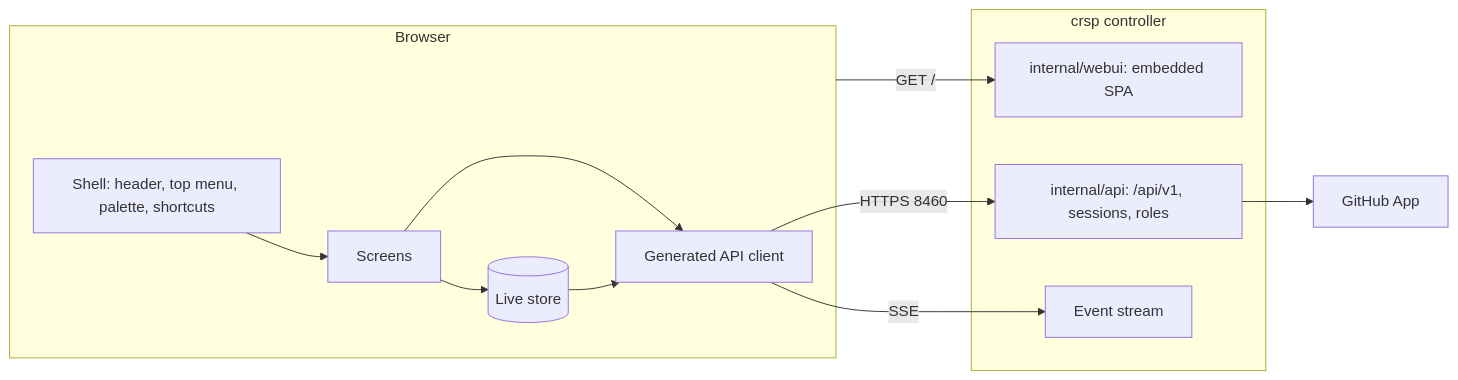
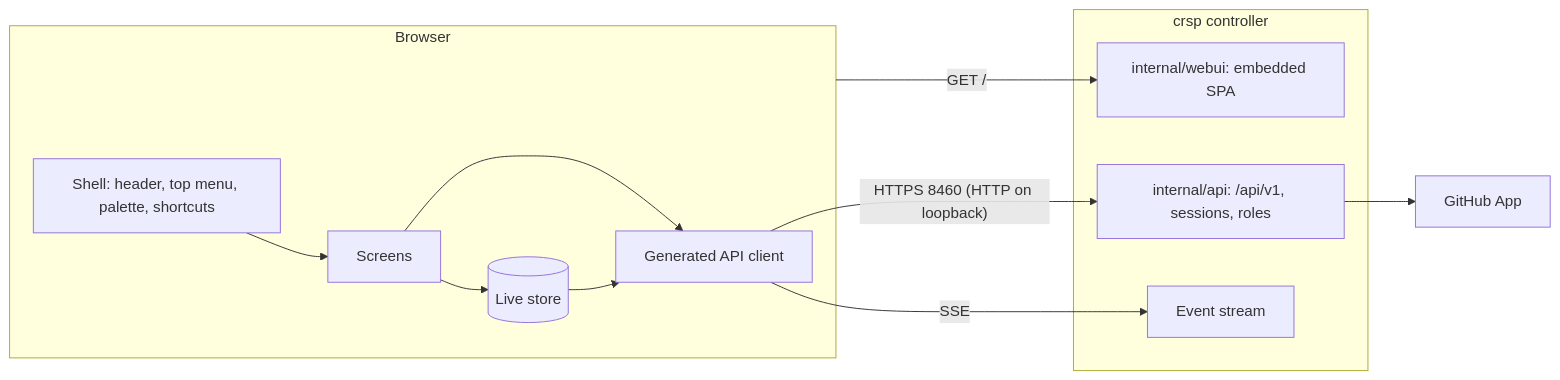
One commit to luis-mc/ci-runners-pool changed the second of 2 diagrams in docs/features/web-console/spec.md. Above: the diagram before and after it, drawn with Mermaid. The commit also changed other lines of this file and 257 other files, not shown here.

````diff
--- a/docs/features/web-console/spec.md
+++ b/docs/features/web-console/spec.md
@@ -374,21 +375,21 @@
 ```mermaid
 flowchart LR
   subgraph Browser
     shell[Shell: header, top menu, palette, shortcuts]
     screens[Screens]
     store[(Live store)]
     client[Generated API client]
     shell --> screens --> store
     screens --> client
     store --> client
   end
   subgraph Controller[crsp controller]
     webui[internal/webui: embedded SPA]
     api[internal/api: /api/v1, sessions, roles]
     events[Event stream]
   end
-  client -- HTTPS 8460 --> api
+  client -- "HTTPS 8460 (HTTP on loopback)" --> api
   client -- SSE --> events
   Browser -- GET / --> webui
   api --> gh[GitHub App]
 ```
````
